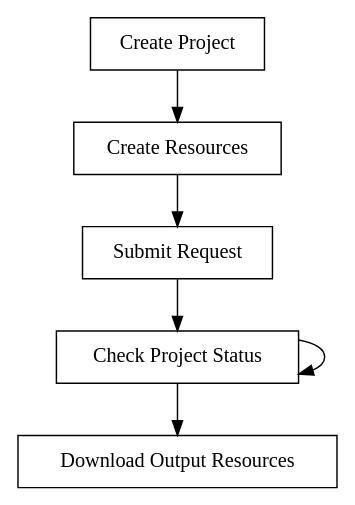
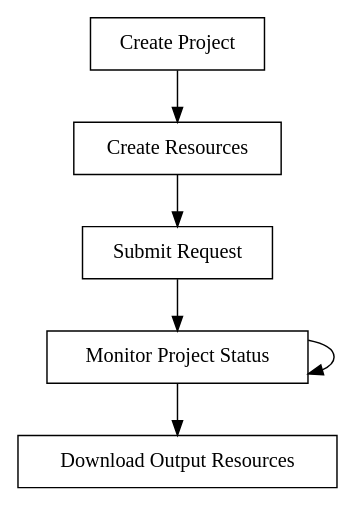
Before and after one commit to Pointivo/APIDocs: the diagram in docs/reference.rst, drawn with Graphviz. The commit also changed other lines of this file, not shown here.

```diff
--- a/docs/reference.rst
+++ b/docs/reference.rst
@@ -13,18 +13,18 @@
 .. graphviz::
 
    digraph {
 
 	size="6,4"
 	node [shape = box, href="#create-project"]; "Create Project";
     node [shape = box, href="#create-resource"]; "Create Resources";
     node [shape = box, href="#wireframe-generation"]; "Submit Request";
-    node [shape = box, href="#get-project"]; "Check Project Status";
+    node [shape = box, href="#get-project"]; "Monitor Project Status";
     node [shape = box, href="#get-resources"]; "Download Output Resources";
 
     "Create Project" -> "Create Resources";
     "Create Resources" -> "Submit Request";
-    "Submit Request" -> "Check Project Status";
-    "Check Project Status" -> "Check Project Status";
-    "Check Project Status" -> "Download Output Resources";
+    "Submit Request" -> "Monitor Project Status";
+    "Monitor Project Status" -> "Monitor Project Status";
+    "Monitor Project Status" -> "Download Output Resources";
 
    }
```
